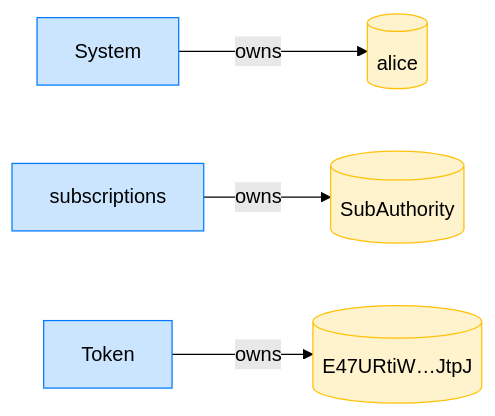
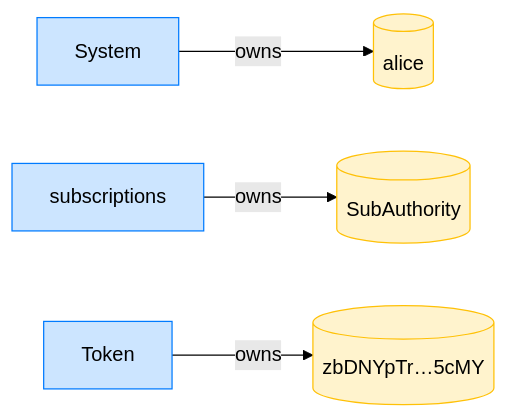
Before and after one commit to cds-rs/subscriptions: the fourth of 8 diagrams in dsl_tests/subscribe-without-an-authority.md, drawn with Mermaid (forest theme). The commit also changed other lines of this file and 224 other files, not shown here.

````diff
--- a/dsl_tests/subscribe-without-an-authority.md
+++ b/dsl_tests/subscribe-without-an-authority.md
@@ -73,14 +78,14 @@
 ```mermaid
 flowchart LR
     classDef owner fill:#cce5ff,stroke:#007bff;
     classDef account fill:#fff3cd,stroke:#ffc107;
     System[System]:::owner
     alice[(alice)]:::account
     subscriptions[subscriptions]:::owner
     SubAuthority[(SubAuthority)]:::account
     Token[Token]:::owner
-    E47URtiW_JtpJ[("E47URtiW…JtpJ")]:::account
+    zbDNYpTr_5cMY[("zbDNYpTr…5cMY")]:::account
     System -->|owns| alice
     subscriptions -->|owns| SubAuthority
-    Token -->|owns| E47URtiW_JtpJ
+    Token -->|owns| zbDNYpTr_5cMY
 ```
````
